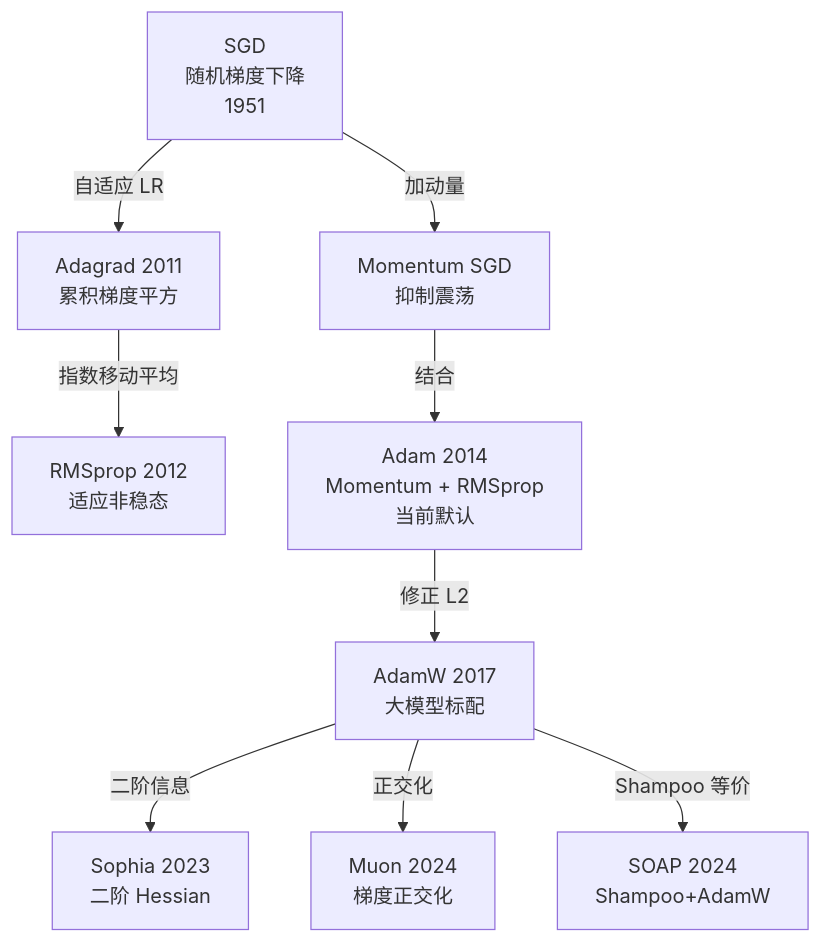
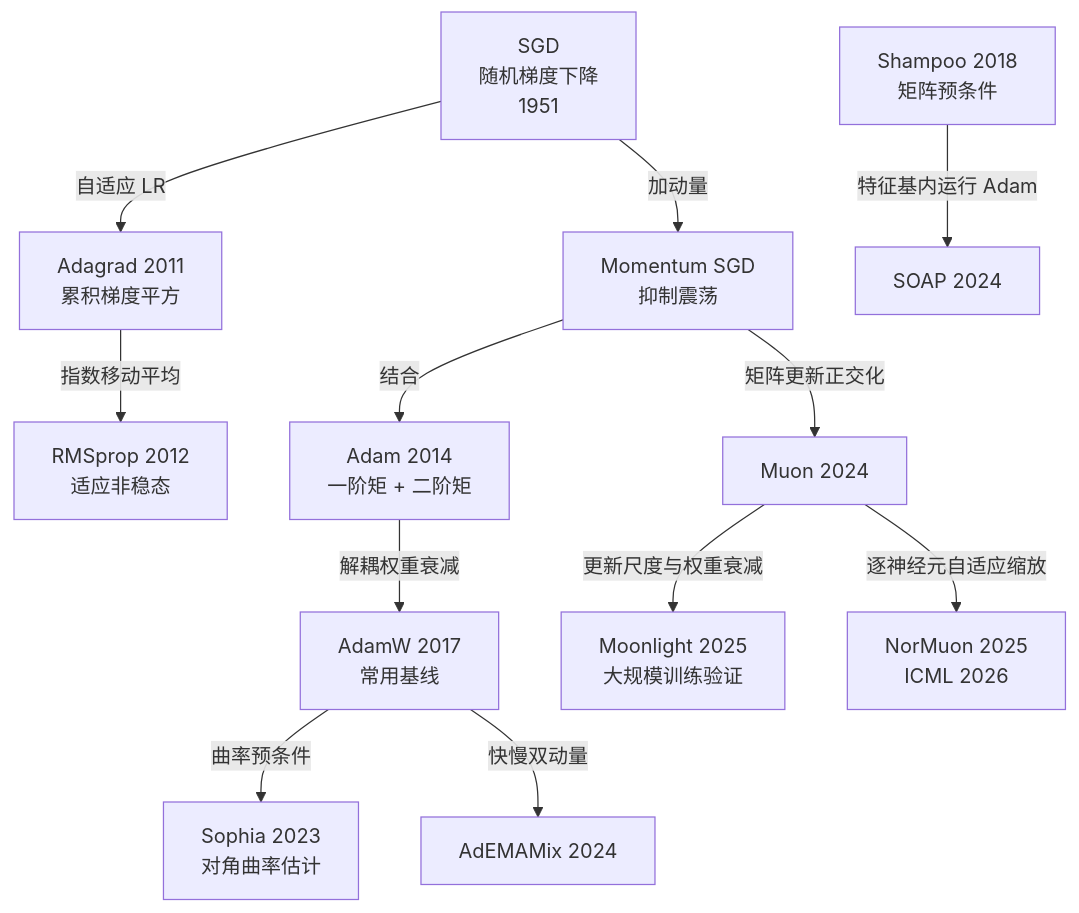
Before and after one commit to TingdeLiu/tingdeliu.github.io: the ninth of 15 diagrams in _posts/research/2026-03-26-Deep-Learning-Survey.md, drawn with Mermaid. The commit also changed other lines of this file and 2 other files, not shown here.

````diff
--- a/_posts/research/2026-03-26-Deep-Learning-Survey.md
+++ b/_posts/research/2026-03-26-Deep-Learning-Survey.md
@@ -889,11 +894,14 @@
 ```mermaid
 flowchart TD
     SGD["SGD<br/>随机梯度下降<br/>1951"] -->|"加动量"| Momentum["Momentum SGD<br/>抑制震荡"]
     SGD -->|"自适应 LR"| Adagrad["Adagrad 2011<br/>累积梯度平方"]
     Adagrad -->|"指数移动平均"| RMSprop["RMSprop 2012<br/>适应非稳态"]
-    Momentum -->|"结合"| Adam["Adam 2014<br/>Momentum + RMSprop<br/>当前默认"]
-    Adam -->|"修正 L2"| AdamW["AdamW 2017<br/>大模型标配"]
-    AdamW -->|"二阶信息"| Sophia["Sophia 2023<br/>二阶 Hessian"]
-    AdamW -->|"正交化"| Muon["Muon 2024<br/>梯度正交化"]
-    AdamW -->|"Shampoo 等价"| SOAP["SOAP 2024<br/>Shampoo+AdamW"]
+    Momentum -->|"结合"| Adam["Adam 2014<br/>一阶矩 + 二阶矩"]
+    Adam -->|"解耦权重衰减"| AdamW["AdamW 2017<br/>常用基线"]
+    AdamW -->|"曲率预条件"| Sophia["Sophia 2023<br/>对角曲率估计"]
+    AdamW -->|"快慢双动量"| AdEMAMix["AdEMAMix 2024"]
+    Momentum -->|"矩阵更新正交化"| Muon["Muon 2024"]
+    Shampoo["Shampoo 2018<br/>矩阵预条件"] -->|"特征基内运行 Adam"| SOAP["SOAP 2024"]
+    Muon -->|"更新尺度与权重衰减"| Moonlight["Moonlight 2025<br/>大规模训练验证"]
+    Muon -->|"逐神经元自适应缩放"| NorMuon["NorMuon 2025<br/>ICML 2026"]
 ```
````
